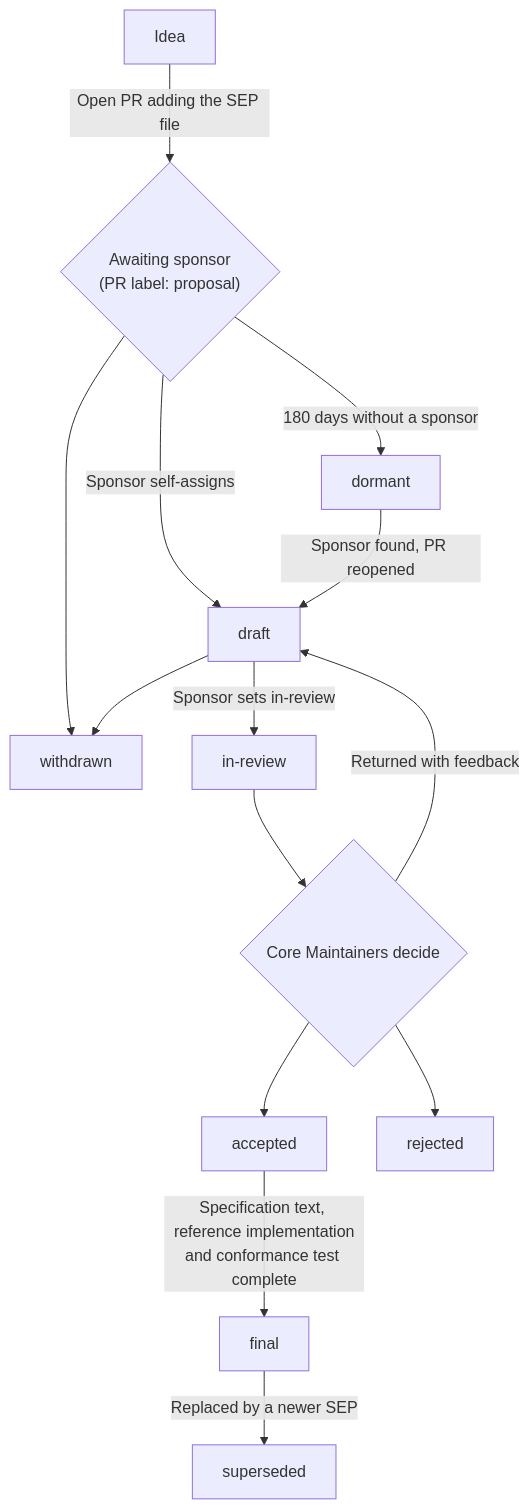
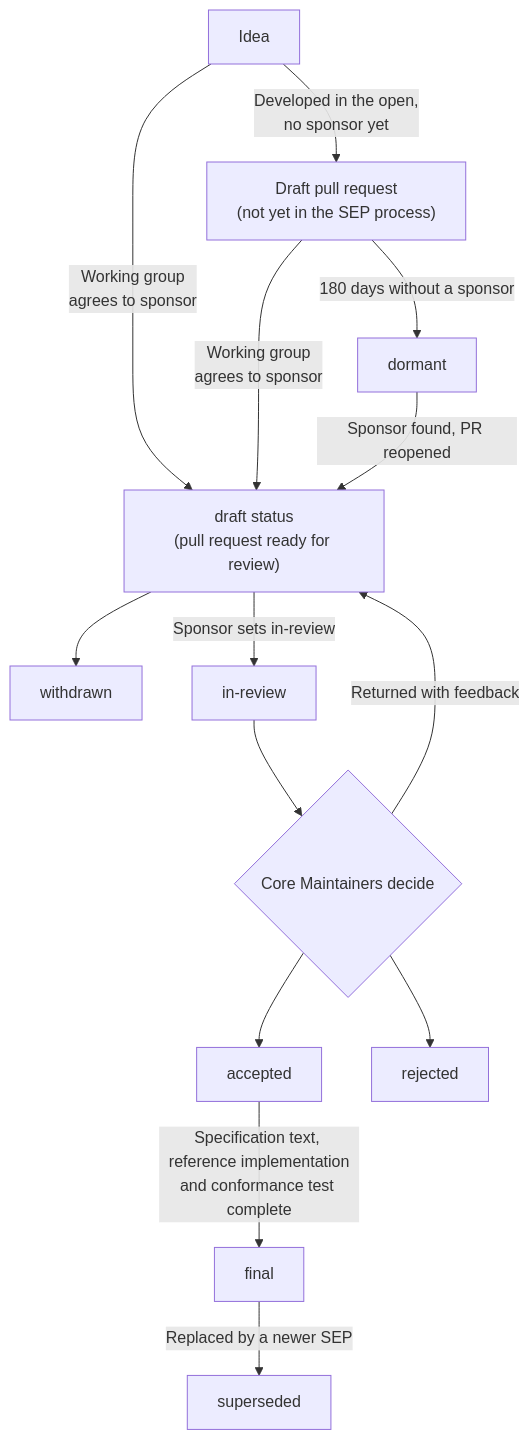
The diagram in agent-frameworks/mcp/pages/community/sep-guidelines.md (Eyre921/ofiicial-developer-docs), drawn with Mermaid before and after one commit. The commit also changed other lines of this file and 1219 other files, not shown here.

````diff
--- a/agent-frameworks/mcp/pages/community/sep-guidelines.md
+++ b/agent-frameworks/mcp/pages/community/sep-guidelines.md
@@ -39,28 +46,28 @@
 ```mermaid theme={null}
 flowchart TD
     Idea["Idea"]
-    Awaiting{"Awaiting sponsor<br/>(PR label: proposal)"}
-    Draft["draft"]
+    DraftPR["Draft pull request<br/>(not yet in the SEP process)"]
+    Draft["draft status<br/>(pull request ready for review)"]
     Dormant["dormant"]
     Withdrawn["withdrawn"]
     InReview["in-review"]
     Decision{"Core Maintainers decide"}
     Accepted["accepted"]
     Rejected["rejected"]
     Final["final"]
     Superseded["superseded"]
 
-    Idea -->|"Open PR adding the SEP file"| Awaiting
-    Awaiting -->|"Sponsor self-assigns"| Draft
-    Awaiting -->|"180 days without a sponsor"| Dormant
+    Idea -->|"Developed in the open,<br/>no sponsor yet"| DraftPR
+    Idea -->|"Working group<br/>agrees to sponsor"| Draft
+    DraftPR -->|"Working group<br/>agrees to sponsor"| Draft
+    DraftPR -->|"180 days without a sponsor"| Dormant
     Dormant -->|"Sponsor found, PR reopened"| Draft
-    Awaiting --> Withdrawn
     Draft --> Withdrawn
     Draft -->|"Sponsor sets in-review"| InReview
     InReview --> Decision
     Decision --> Accepted
     Decision --> Rejected
     Decision -->|"Returned with feedback"| Draft
     Accepted -->|"Specification text, reference implementation<br/>and conformance test complete"| Final
     Final -->|"Replaced by a newer SEP"| Superseded
 ```
````
